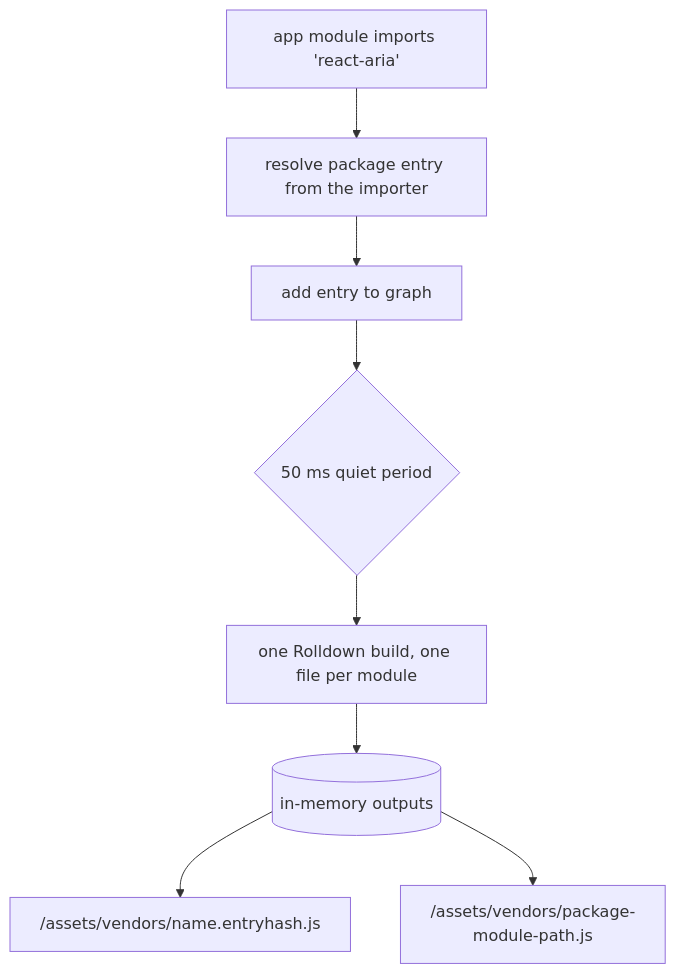
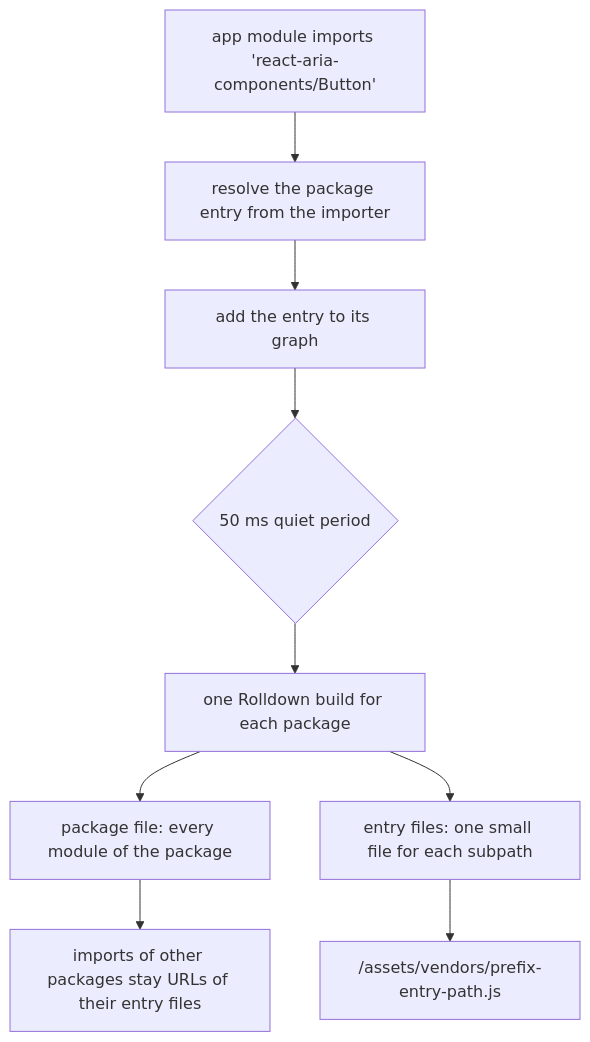
The second of 2 diagrams in apps/docs/src/content/dev/dev-server.mdx (ecopages/ecopages), drawn with Mermaid before and after one commit. The commit also changed other lines of this file and 20 other files, not shown here.

Commit message:
feat(core): serve each dev vendor package as one file with a small file for each subpath

````diff
--- a/apps/docs/src/content/dev/dev-server.mdx
+++ b/apps/docs/src/content/dev/dev-server.mdx
@@ -92,10 +91,11 @@
 ```mermaid
 flowchart TD
-  A["app module imports 'react-aria'"] --> R[resolve package entry from the importer]
-  R --> E[add entry to graph]
+  A["app module imports 'react-aria-components/Button'"] --> R[resolve the package entry from the importer]
+  R --> E[add the entry to its graph]
   E --> Q{50 ms quiet period}
-  Q --> B[one Rolldown build, one file per module]
-  B --> M[(in-memory outputs)]
-  M --> U["/assets/vendors/name.entryhash.js"]
-  M --> C["/assets/vendors/package-module-path.js"]
+  Q --> P["one Rolldown build for each package"]
+  P --> F["package file: every module of the package"]
+  P --> S["entry files: one small file for each subpath"]
+  F --> D["imports of other packages stay URLs of their entry files"]
+  S --> U["/assets/vendors/prefix-entry-path.js"]
 ```
````
